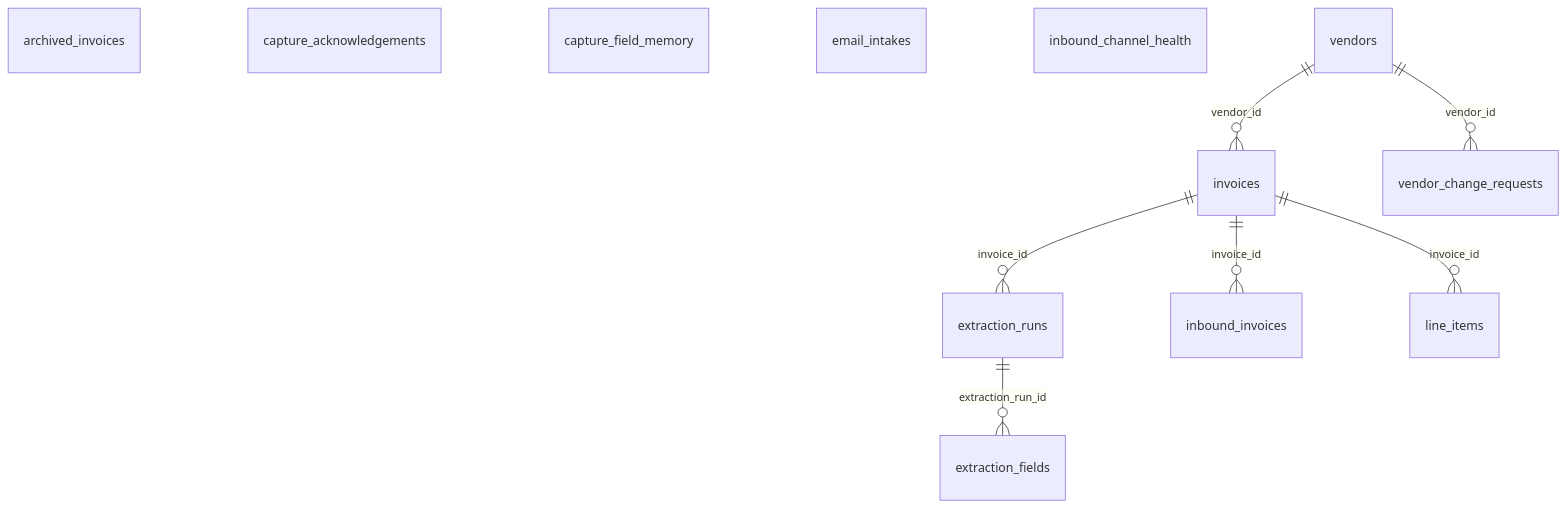
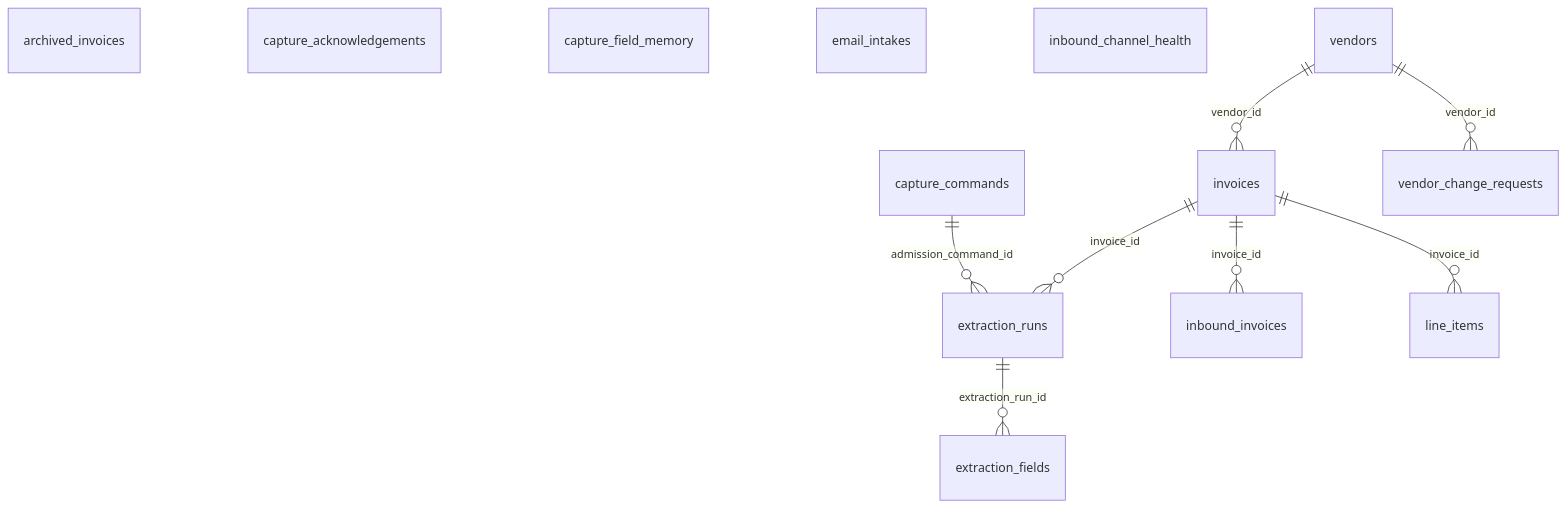
Before and after one commit to kristapsgoncoronoks-ship-it/Bid_it: the second of 10 diagrams in docs/architecture/data-model-erd.md, drawn with Mermaid. The commit also changed other lines of this file and 24 other files, not shown here.

Commit message:
Add durable per-file capture admission and browser recovery

````diff
--- a/docs/architecture/data-model-erd.md
+++ b/docs/architecture/data-model-erd.md
@@ -84,19 +84,20 @@
 ```mermaid
 erDiagram
   archived_invoices {
   }
   capture_acknowledgements {
   }
   capture_field_memory {
   }
   email_intakes {
   }
   inbound_channel_health {
   }
+  capture_commands ||--o{ extraction_runs : "admission_command_id"
   extraction_runs ||--o{ extraction_fields : "extraction_run_id"
   invoices ||--o{ extraction_runs : "invoice_id"
   invoices ||--o{ inbound_invoices : "invoice_id"
   invoices ||--o{ line_items : "invoice_id"
   vendors ||--o{ invoices : "vendor_id"
   vendors ||--o{ vendor_change_requests : "vendor_id"
 ```
````
